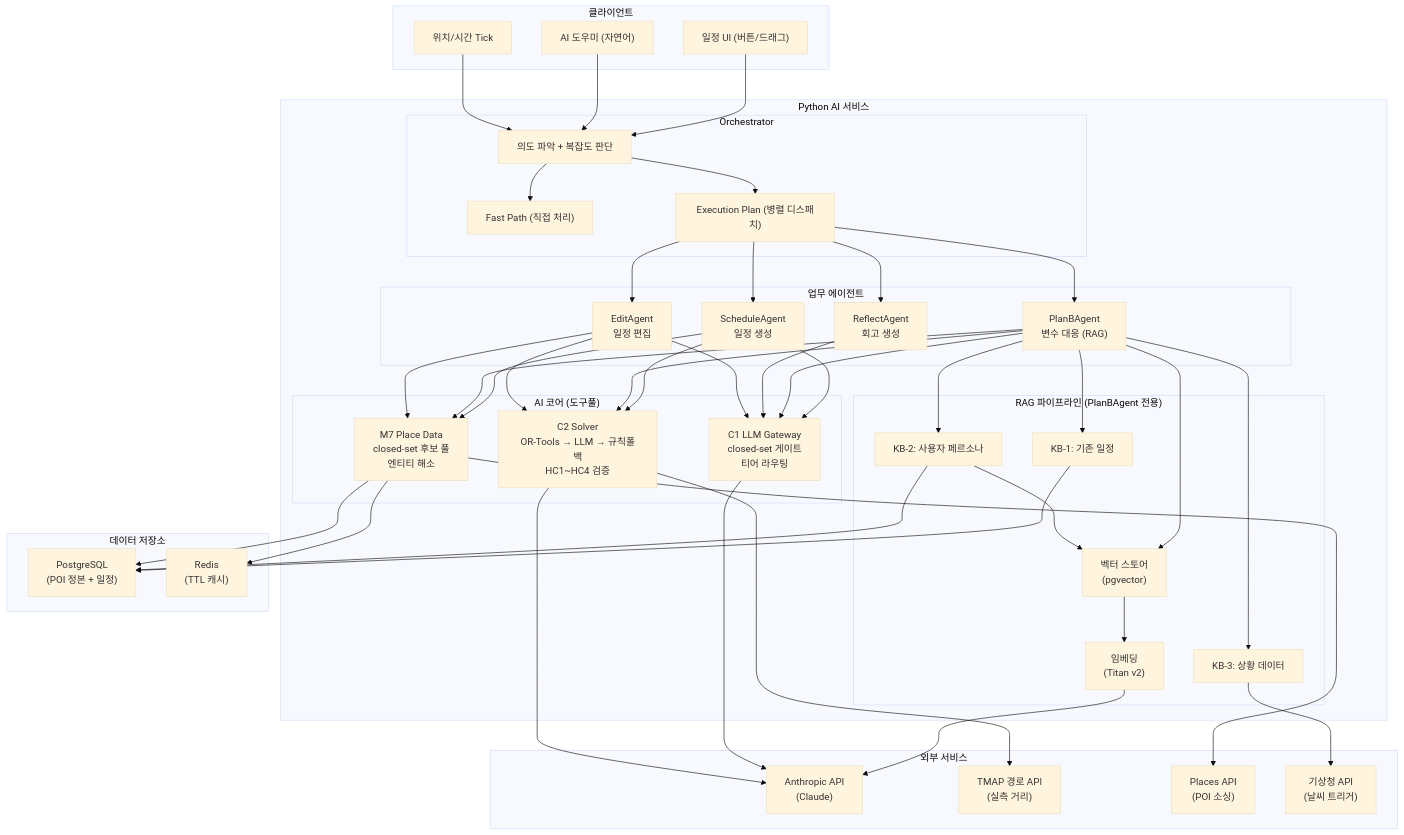
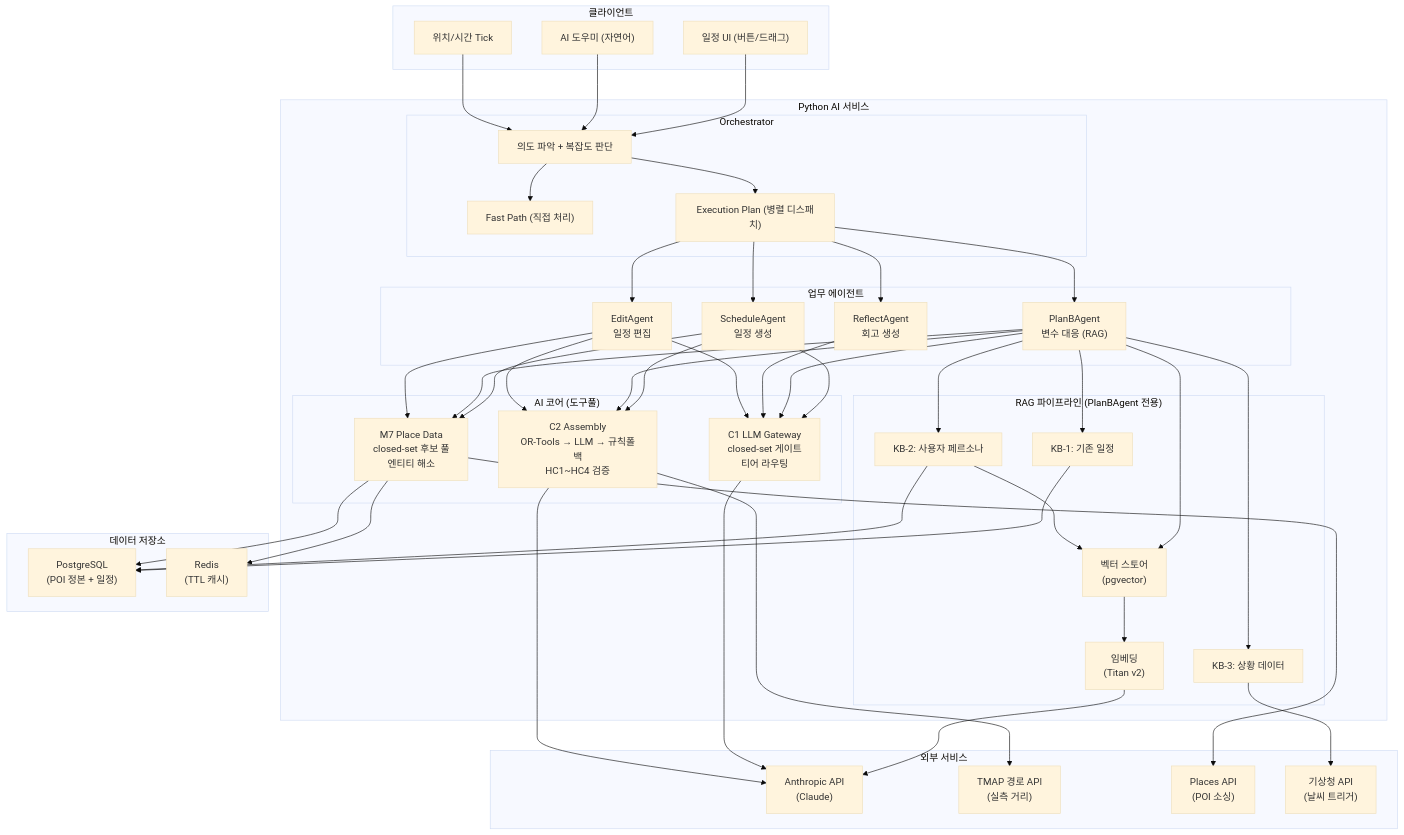
The diagram in ai/README.md (ASM-TripPilot/trippilot), drawn with Mermaid (base theme) before and after one commit. The commit also changed other lines of this file and 148 other files, not shown here.

```diff
--- a/ai/README.md
+++ b/ai/README.md
@@ -82,7 +82,7 @@
 
         subgraph Core["AI 코어 (도구풀)"]
             C1["C1 LLM Gateway\nclosed-set 게이트\n티어 라우팅"]
-            C2["C2 Solver\nOR-Tools → LLM → 규칙폴백\nHC1~HC4 검증"]
+            C2["C2 Assembly\nOR-Tools → LLM → 규칙폴백\nHC1~HC4 검증"]
             M7["M7 Place Data\nclosed-set 후보 풀\n엔티티 해소"]
         end
 
```
